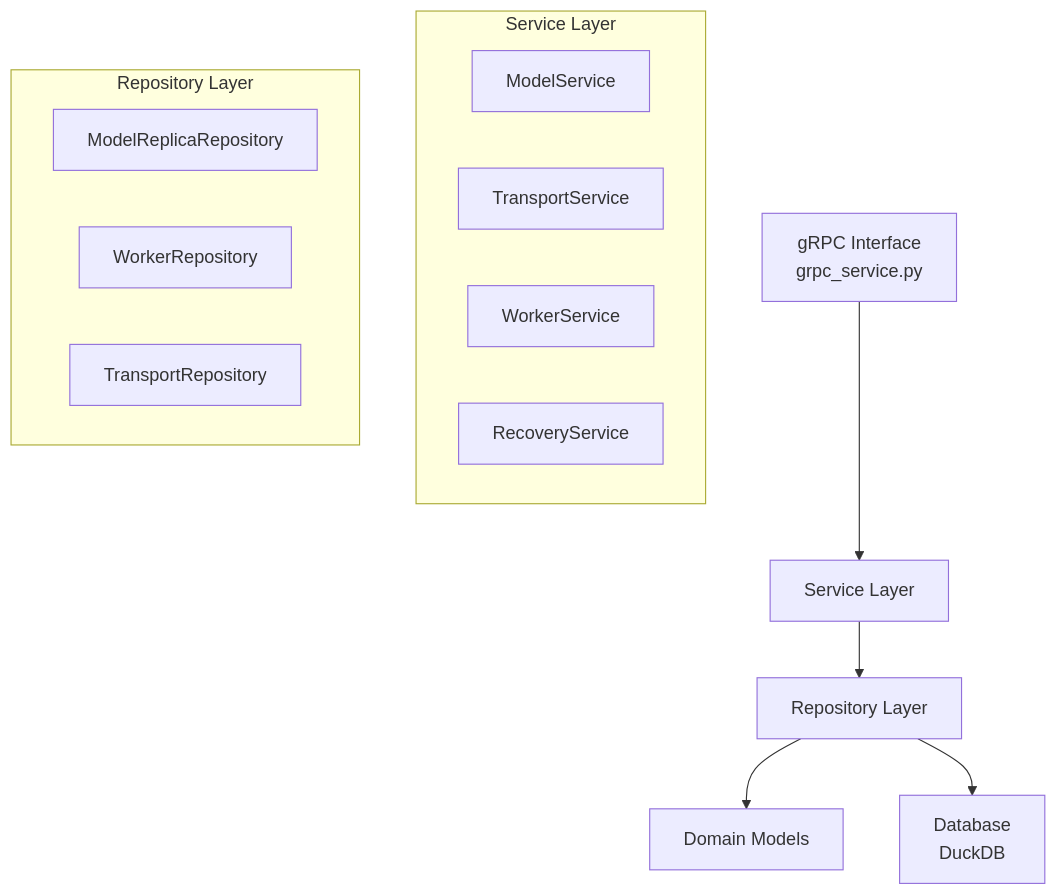
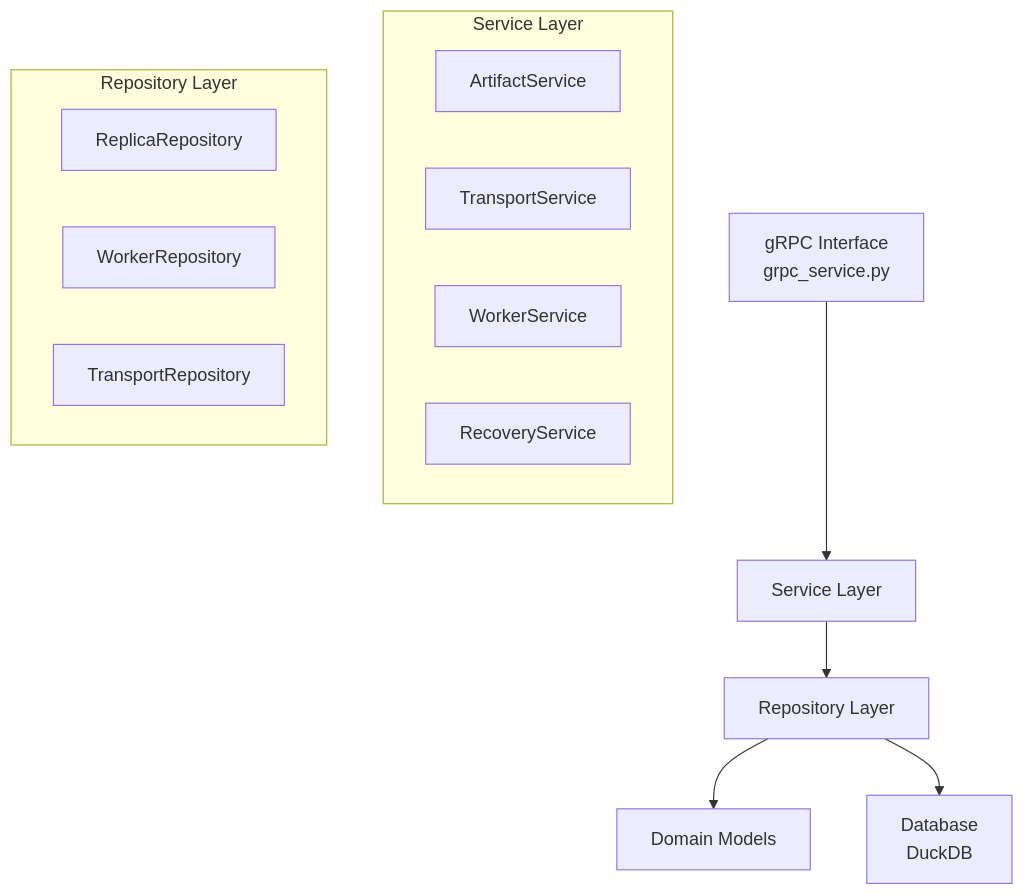
The diagram in web-docs/docs/developer-guides/architecture/global-store.md (tensorcast-ai/tensorcast), drawn with Mermaid before and after one commit. The commit also changed other lines of this file and 331 other files, not shown here.

Commit message:
refactor: refactor model to artifact & replica

````diff
--- a/web-docs/docs/developer-guides/architecture/global-store.md
+++ b/web-docs/docs/developer-guides/architecture/global-store.md
@@ -51,20 +51,20 @@
 ```mermaid
 graph TD
     A[gRPC Interface<br/>grpc_service.py] --> B[Service Layer]
     B --> C[Repository Layer]
     C --> D[Domain Models]
     C --> E[Database<br/>DuckDB]
 
     subgraph Service Layer
-        B1[ModelService]
+        B1[ArtifactService]
         B2[TransportService]
         B3[WorkerService]
         B4[RecoveryService]
     end
 
     subgraph Repository Layer
-        C1[ModelReplicaRepository]
+        C1[ReplicaRepository]
         C2[WorkerRepository]
         C3[TransportRepository]
     end
 ```
````
